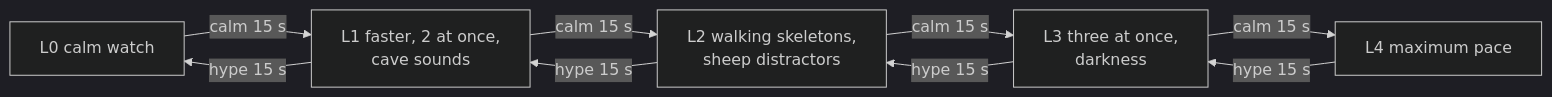
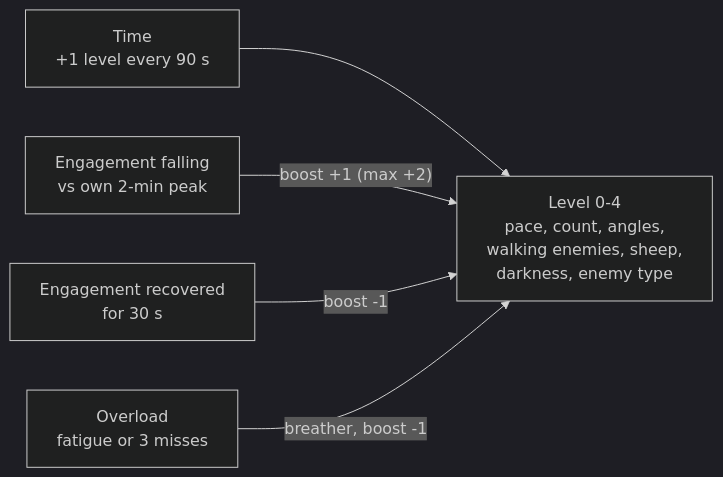
One commit to danyathecoder/BrainCraft changed the third of 3 diagrams in docs/modes.md. Above: the diagram before and after it, drawn with Mermaid (dark theme). The commit also changed other lines of this file and 2 other files, not shown here.

````diff
--- a/docs/modes.md
+++ b/docs/modes.md
@@ -167,11 +170,7 @@
 ```mermaid
 flowchart LR
-  L0["L0 calm watch"] -->|"calm 15 s"| L1["L1 faster, 2 at once,<br/>cave sounds"]
-  L1 -->|"calm 15 s"| L2["L2 walking skeletons,<br/>sheep distractors"]
-  L2 -->|"calm 15 s"| L3["L3 three at once,<br/>darkness"]
-  L3 -->|"calm 15 s"| L4["L4 maximum pace"]
-  L4 -->|"hype 15 s"| L3
-  L3 -->|"hype 15 s"| L2
-  L2 -->|"hype 15 s"| L1
-  L1 -->|"hype 15 s"| L0
+  T["Time<br/>+1 level every 90 s"] --> L["Level 0-4<br/>pace, count, angles,<br/>walking enemies, sheep,<br/>darkness, enemy type"]
+  E["Engagement falling<br/>vs own 2-min peak"] -->|"boost +1 (max +2)"| L
+  R["Engagement recovered<br/>for 30 s"] -->|"boost -1"| L
+  O["Overload<br/>fatigue or 3 misses"] -->|"breather, boost -1"| L
 ```
````
